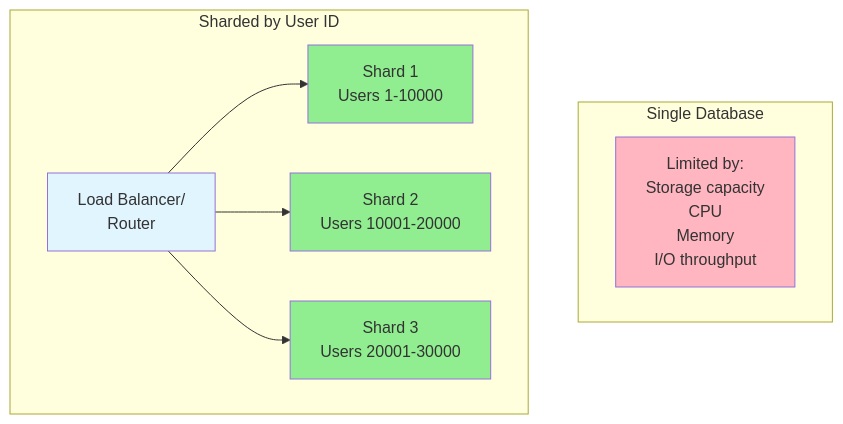
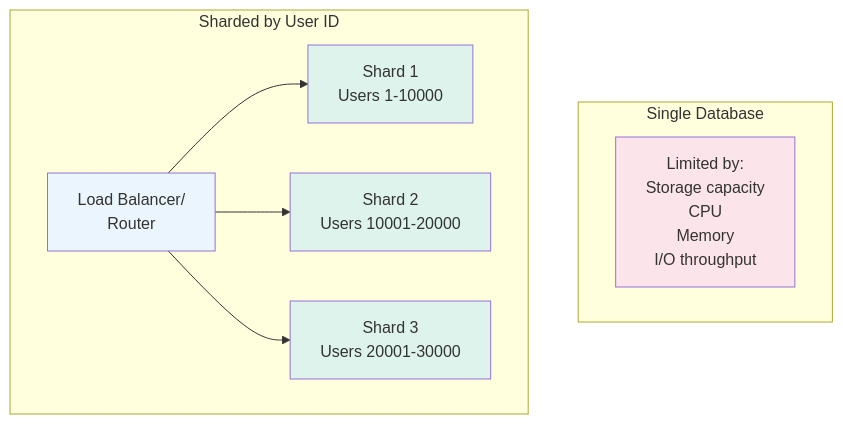
One commit to cartmancodes/InterviewVault changed diagram 17 of 27 in LLD/CoreConcepts/DataModelling.md. Above: the diagram before and after it, drawn with Mermaid. The commit also changed other lines of this file and 679 other files, not shown here.

Commit message:
Unify content diagrams and add accessible visual walkthroughs

````diff
--- a/LLD/CoreConcepts/DataModelling.md
+++ b/LLD/CoreConcepts/DataModelling.md
@@ -749,23 +749,23 @@
 ```mermaid
 graph TB
     subgraph "Single Database"
         SD[Limited by:<br/>Storage capacity<br/>CPU<br/>Memory<br/>I/O throughput]
     end
     
     subgraph "Sharded by User ID"
         LB[Load Balancer/<br/>Router]
         S1[Shard 1<br/>Users 1-10000]
         S2[Shard 2<br/>Users 10001-20000]
         S3[Shard 3<br/>Users 20001-30000]
         
         LB --> S1
         LB --> S2
         LB --> S3
     end
     
-    style SD fill:#FFB6C1
-    style LB fill:#e1f5ff
-    style S1 fill:#90EE90
-    style S2 fill:#90EE90
-    style S3 fill:#90EE90
+    style SD fill:#FCE5EA
+    style LB fill:#EAF5FD
+    style S1 fill:#DDF3EC
+    style S2 fill:#DDF3EC
+    style S3 fill:#DDF3EC
 ```
````
